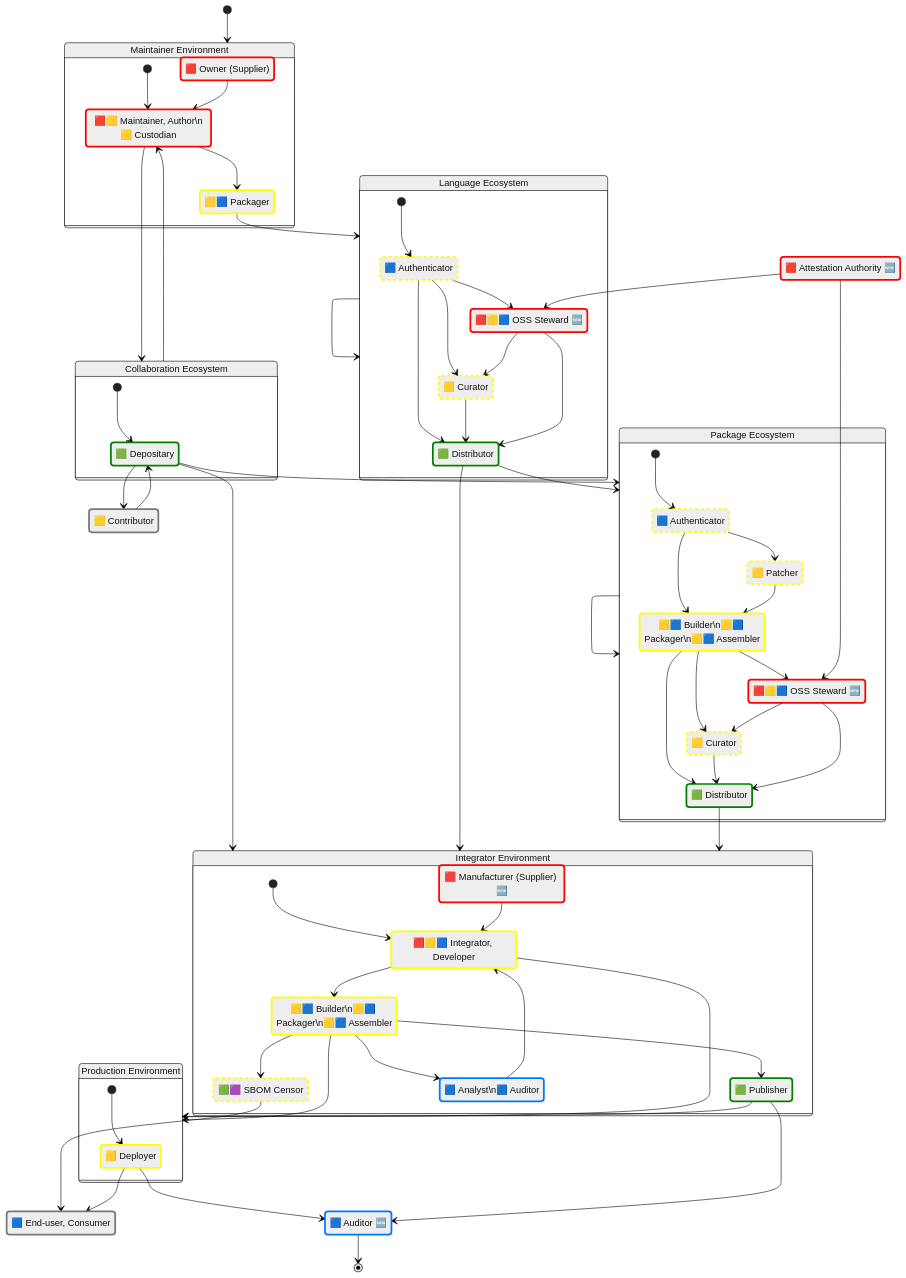
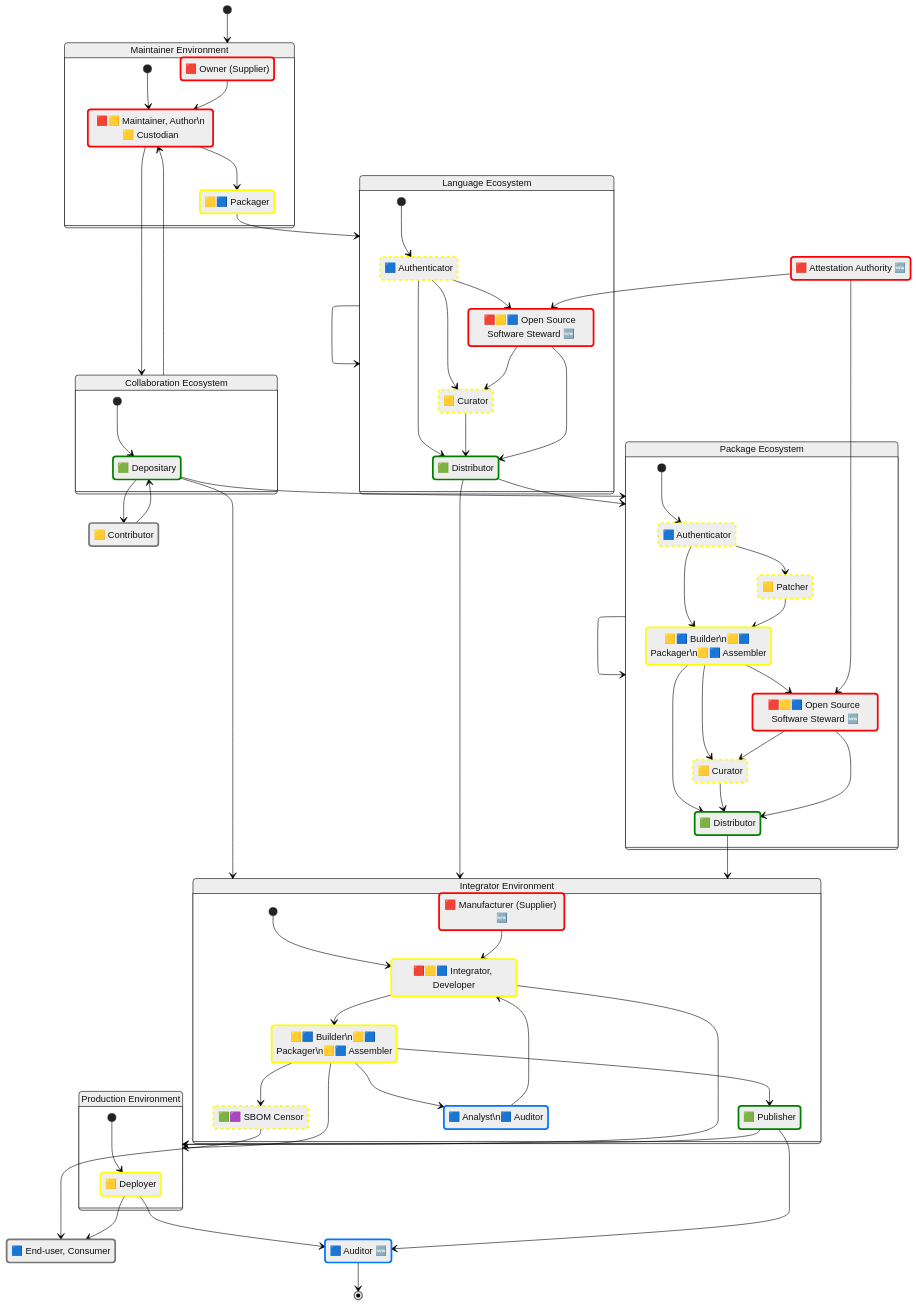
One commit to CPAN-Security/security.metacpan.org changed the third of 3 diagrams in docs/supplychain-sbom.md. Above: the diagram before and after it, drawn with Mermaid (neutral theme). The commit also changed other lines of this file and 1 other file, not shown here.

Commit message:
Better clarification of CRA Attributes; Undo shortening of 'CRA OSS Steward'; Point out that 'Supplier' isn't a good term to use; Other minor tweaks

```diff
--- a/docs/supplychain-sbom.md
+++ b/docs/supplychain-sbom.md
@@ -214,7 +202,7 @@
     %%
     state "🟦 Authenticator" as language_authenticator
     %%state "🟦 Importer" as language_importer
-    state "🟥🟨🟦 OSS Steward 🆕" as language_steward
+    state "🟥🟨🟦 Open Source Software Steward 🆕" as language_steward
     state "🟨 Curator" as language_curator
     state "🟩 Distributor" as language_distributor
 
@@ -230,7 +218,7 @@
     %%state "🟦 Importer" as package_importer
     state "🟨 Patcher" as package_patcher
     state "🟨🟦 Builder\n🟨🟦 Packager\n🟨🟦 Assembler" as package_packager
-    state "🟥🟨🟦 OSS Steward 🆕" as package_steward
+    state "🟥🟨🟦 Open Source Software Steward 🆕" as package_steward
     state "🟨 Curator" as package_curator
     state "🟩 Distributor" as package_distributor
 
```
